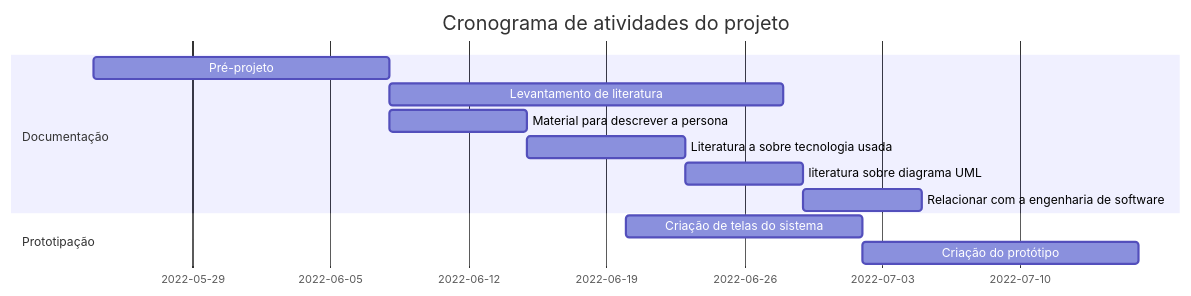
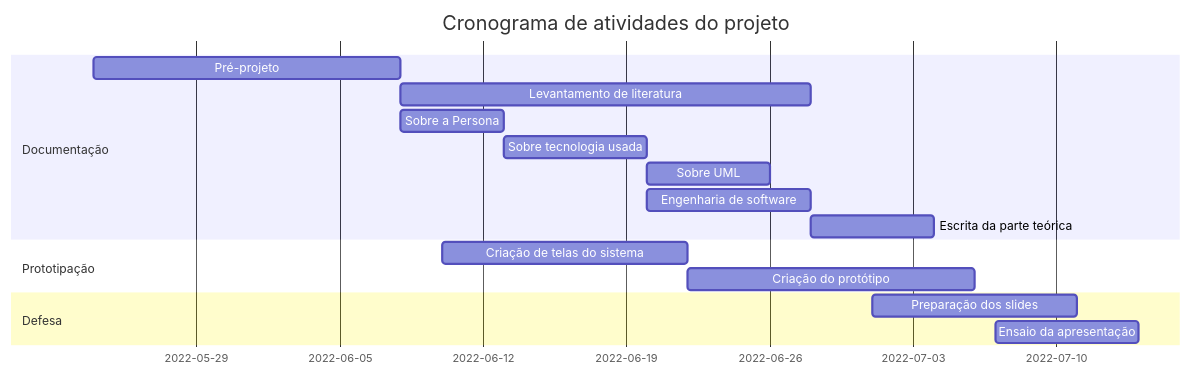
The second of 2 diagrams in README.md (Ricvidal/CronogramaMarkdown), drawn with Mermaid before and after one commit.

Commit message:
Conclusão

````diff
--- a/README.md
+++ b/README.md
@@ -22,15 +22,19 @@
 ```mermaid
     gantt
     title Cronograma de atividades do projeto
     dateFormat  YYYY-MM-DD
     section Documentação
     Pré-projeto :a1, 2022-05-24, 15d
     Levantamento de literatura :a2,after a1  , 20d
-    Material para descrever a persona :a3,after a1  , 7d
-    Literatura a sobre tecnologia usada :a4,after a3  , 8d
-    literatura sobre diagrama UML :a5,after a4  , 6d
-    Relacionar com a engenharia de software :a6,after a5  , 6d
+    Sobre a Persona :a3,after a1  , 5d
+    Sobre tecnologia usada :a4,after a3  , 7d
+    Sobre UML :a5,after a4  , 6d
+    Engenharia de software :a6,after a4  , 8d
+    Escrita da parte teórica :a7,after a2  , 6d
     section Prototipação
-    Criação de telas do sistema :c2,2022-06-20  , 12d
+    Criação de telas do sistema :c2,2022-06-10  , 12d
     Criação do protótipo      :c3,after c2, 14d
+    section Defesa
+    Preparação dos slides :p1, 2022-07-01, 10d
+    Ensaio da apresentação :p2, 2022-07-07, 7d
 ```
````
